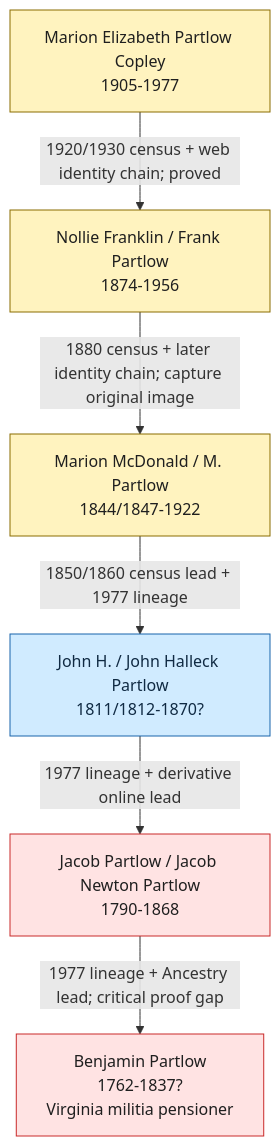
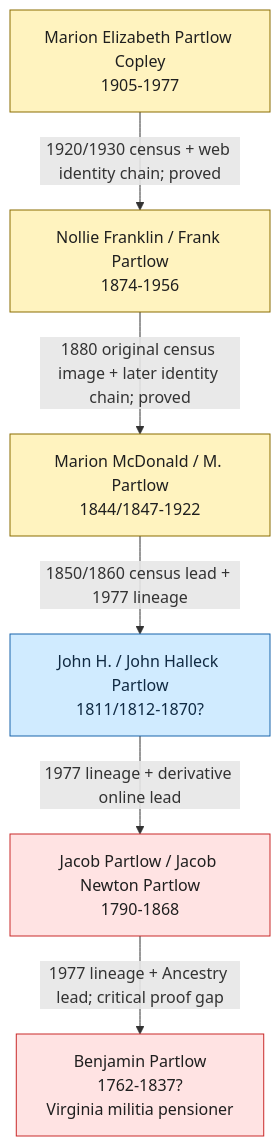
The first of 2 diagrams in RQ-P1-PARTLOW-REVOLUTIONARY-LINE.md (zcopley/copley-family-research), drawn with Mermaid before and after one commit. The commit also changed other lines of this file and 13 other files, not shown here.

Commit message:
Integrate 1880 Partlow household census image

````diff
--- a/RQ-P1-PARTLOW-REVOLUTIONARY-LINE.md
+++ b/RQ-P1-PARTLOW-REVOLUTIONARY-LINE.md
@@ -39,23 +39,23 @@
 ```mermaid
 graph TD
     ME["Marion Elizabeth Partlow Copley<br/>1905-1977"]
     NF["Nollie Franklin / Frank Partlow<br/>1874-1956"]
     MM["Marion McDonald / M. Partlow<br/>1844/1847-1922"]
     JH["John H. / John Halleck Partlow<br/>1811/1812-1870?"]
     JP["Jacob Partlow / Jacob Newton Partlow<br/>1790-1868"]
     BP["Benjamin Partlow<br/>1762-1837?<br/>Virginia militia pensioner"]
 
     ME -->|"1920/1930 census + web identity chain; proved"| NF
-    NF -->|"1880 census + later identity chain; capture original image"| MM
+    NF -->|"1880 original census image + later identity chain; proved"| MM
     MM -->|"1850/1860 census lead + 1977 lineage"| JH
     JH -->|"1977 lineage + derivative online lead"| JP
     JP -->|"1977 lineage + Ancestry lead; critical proof gap"| BP
 
     class ME,NF,MM familySource
     class JH censusLead
     class JP,BP proofGap
 
     classDef familySource fill:#fff3bf,stroke:#8a6d00,color:#1f1f1f;
     classDef censusLead fill:#d0ebff,stroke:#1864ab,color:#102a43;
     classDef proofGap fill:#ffe3e3,stroke:#c92a2a,color:#1f1f1f;
 ```
````
